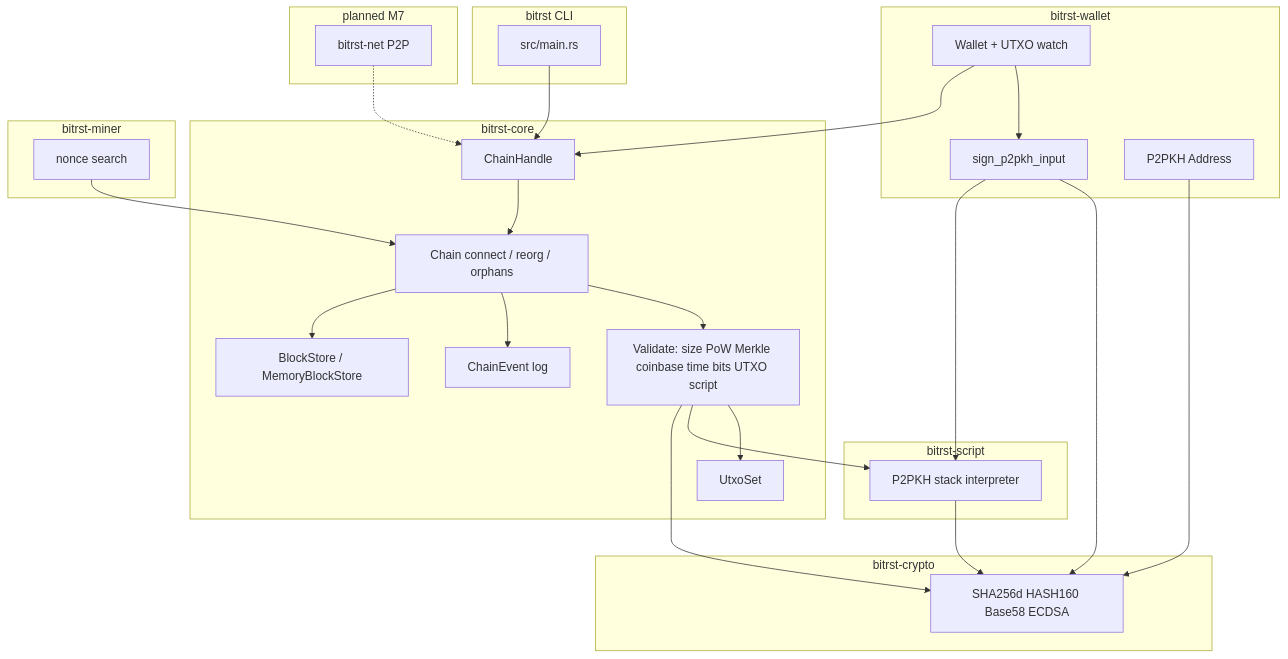
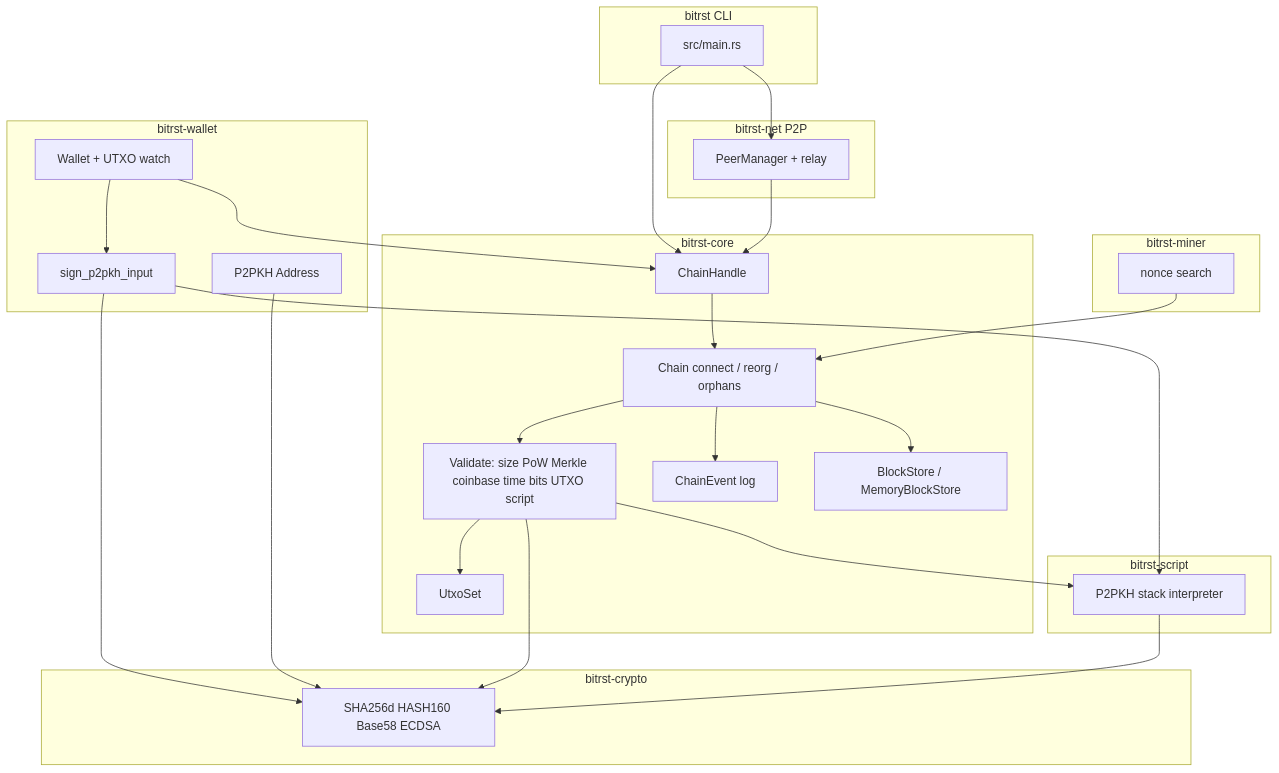
The diagram in README.md (akshitj11/bitrst), drawn with Mermaid before and after one commit. The commit also changed other lines of this file and 1 other file, not shown here.

````diff
--- a/README.md
+++ b/README.md
@@ -10,54 +10,55 @@
 ```mermaid
 flowchart TB
   subgraph cli [bitrst CLI]
     Main[src/main.rs]
   end
 
   subgraph wallet_layer [bitrst-wallet]
     Wallet[Wallet + UTXO watch]
     Sign[sign_p2pkh_input]
     Addr[P2PKH Address]
   end
 
   subgraph core [bitrst-core]
     Handle[ChainHandle]
     Chain[Chain connect / reorg / orphans]
     Validate[Validate: size PoW Merkle coinbase time bits UTXO script]
     Utxo[UtxoSet]
     Events[ChainEvent log]
     Store[BlockStore / MemoryBlockStore]
   end
 
   subgraph script [bitrst-script]
     VM[P2PKH stack interpreter]
   end
 
   subgraph crypto [bitrst-crypto]
     Hash[SHA256d HASH160 Base58 ECDSA]
   end
 
   subgraph miner [bitrst-miner]
     Mine[nonce search]
   end
 
-  subgraph future [planned M7]
-    Net[bitrst-net P2P]
+  subgraph net [bitrst-net P2P]
+    Net[PeerManager + relay]
   end
 
   Main --> Handle
+  Main --> Net
   Wallet --> Sign
   Wallet --> Handle
   Sign --> Hash
   Sign --> VM
   Addr --> Hash
   Handle --> Chain
   Chain --> Validate
   Validate --> Utxo
   Validate --> VM
   Validate --> Hash
   Chain --> Events
   Chain --> Store
   VM --> Hash
   Mine --> Chain
-  Net -.-> Handle
+  Net --> Handle
 ```
````
